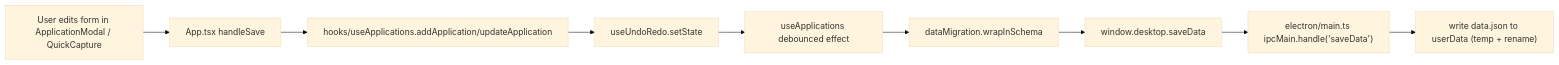
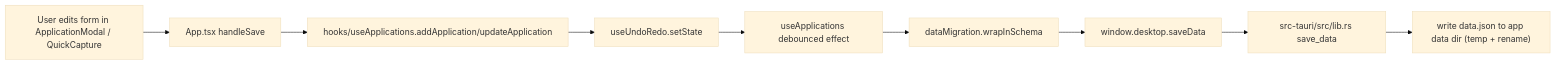
The first of 6 diagrams in CALL_CHAIN_PERSISTENCE.md (bharathvbcr/AcademiaTrack), drawn with Mermaid (base theme) before and after one commit. The commit also changed other lines of this file and 25 other files, not shown here.

````diff
--- a/CALL_CHAIN_PERSISTENCE.md
+++ b/CALL_CHAIN_PERSISTENCE.md
@@ -14,11 +14,11 @@
 ```mermaid
 flowchart LR
 U[User edits form in ApplicationModal / QuickCapture] --> C["App.tsx handleSave"]
 C --> S1["hooks/useApplications.addApplication/updateApplication"]
 S1 --> U1["useUndoRedo.setState"]
 U1 --> D1["useApplications debounced effect"]
 D1 --> N1["dataMigration.wrapInSchema"]
 N1 --> W1["window.desktop.saveData"]:::ipc
-W1 --> M1["electron/main.ts ipcMain.handle('saveData')"]
-M1 --> F1["write data.json to userData (temp + rename)"]
+W1 --> M1["src-tauri/src/lib.rs save_data"]
+M1 --> F1["write data.json to app data dir (temp + rename)"]
 ```
````
